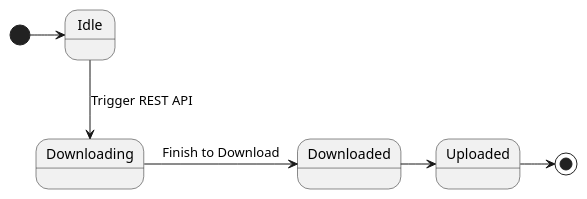
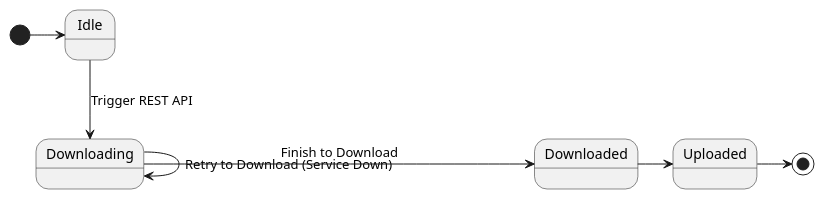
One commit to yanghoon/obsidian-workspace changed the diagram in _diary/2024-06-21.md. Above: the diagram before and after it, drawn with PlantUML.

Commit message:
vault backup: 2024-06-23 19:38:32

````diff
--- a/_diary/2024-06-21.md
+++ b/_diary/2024-06-21.md
@@ -52,11 +52,12 @@
 ```plantuml
 @startuml
 
 [*] -> Idle
 Idle --> Downloading : Trigger REST API
+Downloading -> Downloading: Retry to Download (Service Down)
 Downloading -> Downloaded : Finish to Download
 Downloaded -> Uploaded
 Uploaded ->[*] 
 
 @enduml
 ```
````
